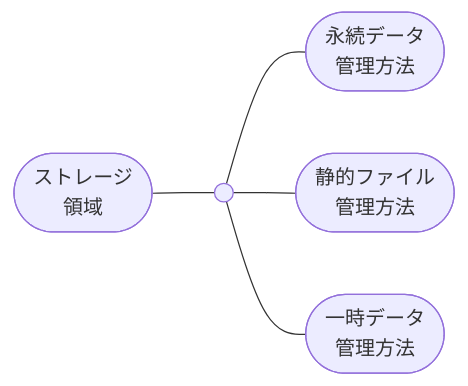
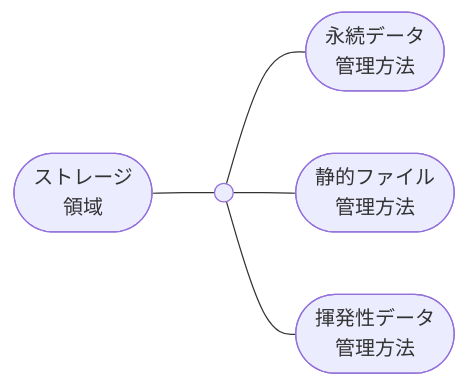
Diagram 15 of 24 in docs/software/software_application_architecture_microservices_cloudnative.md (hiroki-it/tech-notebook), drawn with Mermaid before and after one commit. The commit also changed other lines of this file and 1 other file, not shown here.

````diff
--- a/docs/software/software_application_architecture_microservices_cloudnative.md
+++ b/docs/software/software_application_architecture_microservices_cloudnative.md
@@ -1239,9 +1239,9 @@
 ```mermaid
 flowchart LR
 
   ストレージ領域([ストレージ<br>領域]) --- ストレージ領域の基点(( ))
   ストレージ領域の基点 --- 永続データ管理方法([永続データ<br>管理方法])
   ストレージ領域の基点 --- 静的ファイル管理方法([静的ファイル<br>管理方法])
-  ストレージ領域の基点 --- 一時データ管理方法([一時データ<br>管理方法])
+  ストレージ領域の基点 --- 揮発性管理方法([揮発性データ<br>管理方法])
 
 ```
````
